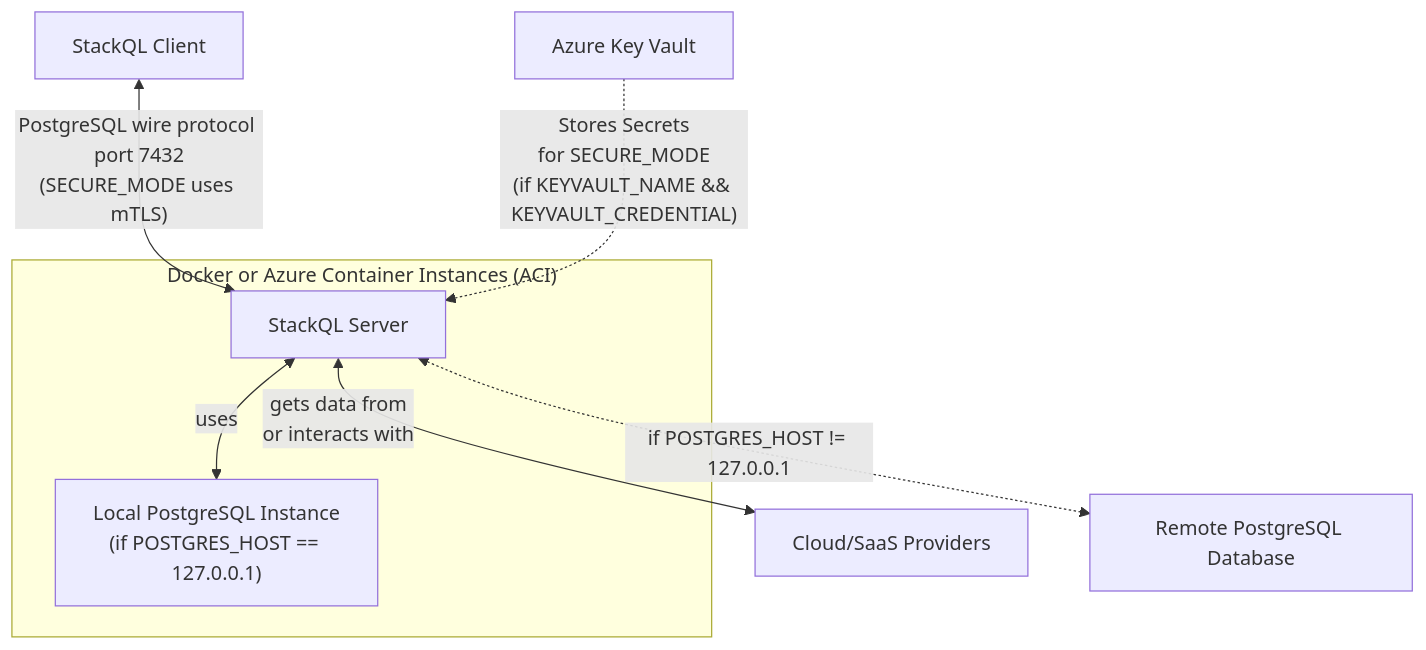
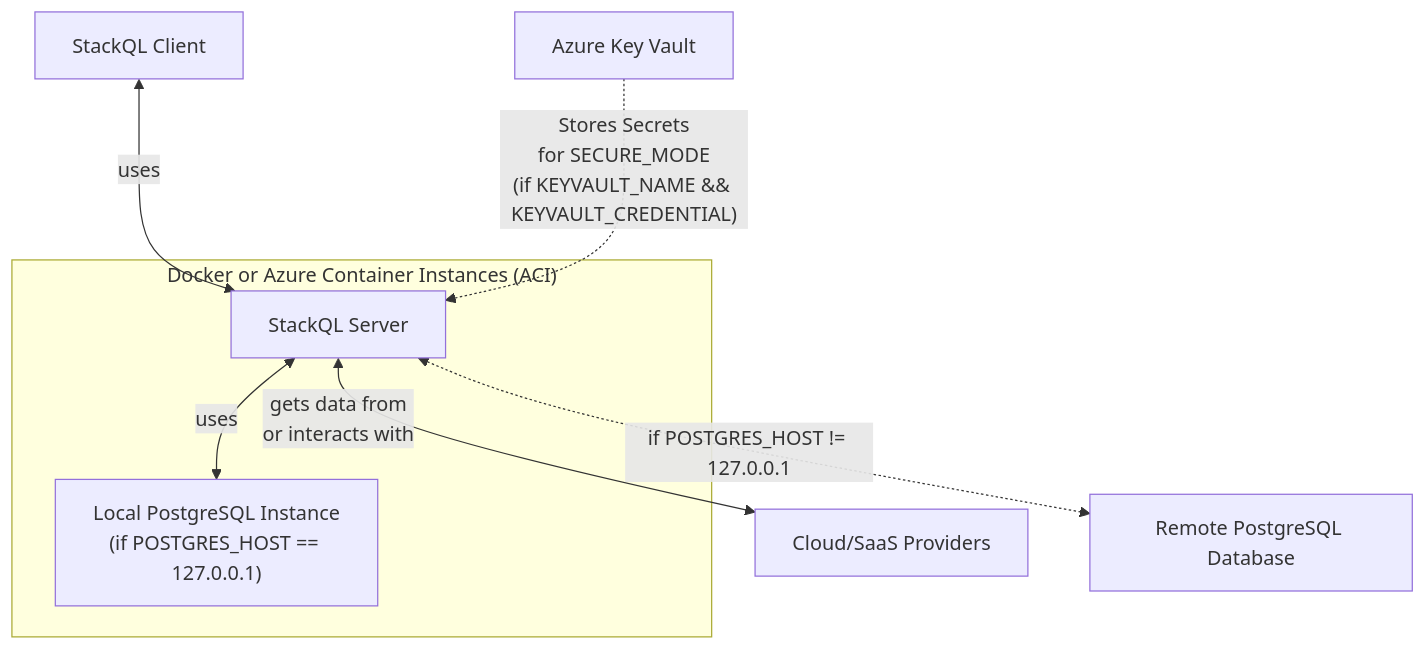
The diagram in README.md (stackql/stackql-server), drawn with Mermaid before and after one commit. The commit also changed other lines of this file, not shown here.

Commit message:
implemented secure server

````diff
--- a/README.md
+++ b/README.md
@@ -30,14 +24,12 @@
 ```mermaid
-graph TD;
-    subgraph Docker_or_ACI["Docker or Azure Container Instances (ACI)"];
-        B[StackQL Server];
-        C["Local PostgreSQL Instance\n(if POSTGRES_HOST == 127.0.0.1)"];
-        B <-- uses --> C;
-    end;
-    A[StackQL Client] <-- PostgreSQL wire protocol port 7432\n(SECURE_MODE uses mTLS) --> B;
-    B <-- gets data from\nor interacts with --> E[Cloud/SaaS Providers];
-    KV[Azure Key Vault] -.->|"Stores Secrets\nfor SECURE_MODE\n(if KEYVAULT_NAME && KEYVAULT_CREDENTIAL)"| B;
-
-    %% Positioning the remote DB at the bottom
-    B <-.->|if POSTGRES_HOST != 127.0.0.1| RemoteDB["Remote PostgreSQL Database"];
+flowchart TD;
+subgraph Docker_or_ACI["Docker or Azure Container Instances (ACI)"];
+B[StackQL Server];
+C["Local PostgreSQL Instance\n(if POSTGRES_HOST == 127.0.0.1)"];
+B <-- uses --> C;
+end;
+A[StackQL Client] <-- uses --> B;
+B <-- gets data from\nor interacts with --> E[Cloud/SaaS Providers];
+KV[Azure Key Vault] -.->|"Stores Secrets\nfor SECURE_MODE\n(if KEYVAULT_NAME && KEYVAULT_CREDENTIAL)"| B;
+B <-.->|if POSTGRES_HOST != 127.0.0.1| RemoteDB["Remote PostgreSQL Database"];
 ```
````
